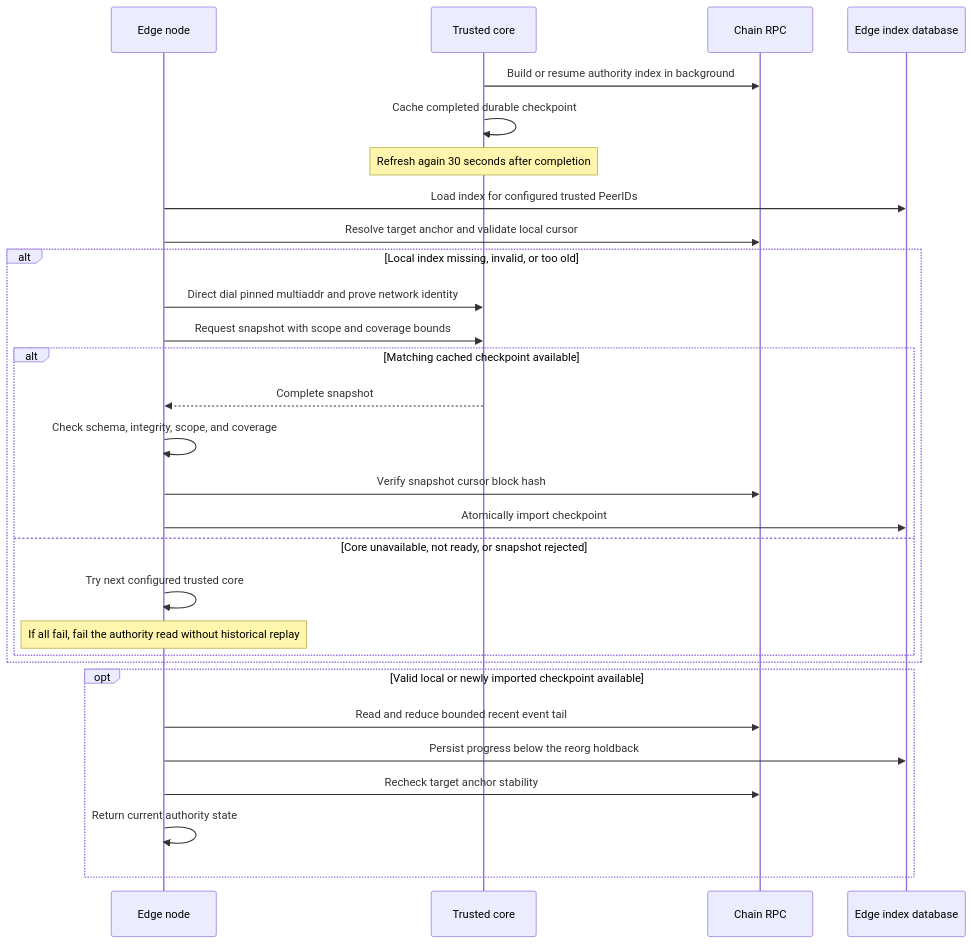
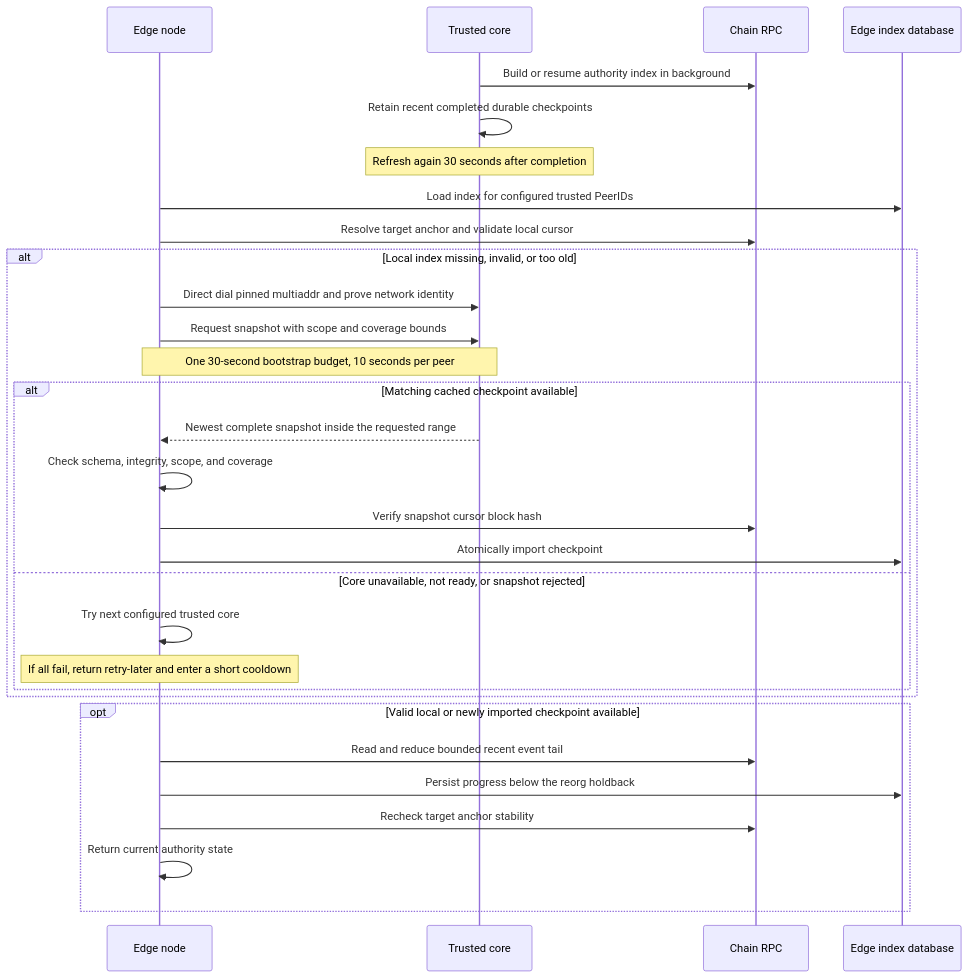
Before and after one commit to OriginTrail/dkg: the diagram in docs/use-dkg/authority-index-snapshots.md, drawn with Mermaid. The commit also changed other lines of this file and 22 other files, not shown here.

Commit message:
fix: bound snapshot bootstrap and address registry index review

````diff
--- a/docs/use-dkg/authority-index-snapshots.md
+++ b/docs/use-dkg/authority-index-snapshots.md
@@ -126,31 +151,32 @@
 ```mermaid
 sequenceDiagram
     participant E as Edge node
     participant C as Trusted core
     participant R as Chain RPC
     participant D as Edge index database
     C->>R: Build or resume authority index in background
-    C->>C: Cache completed durable checkpoint
+    C->>C: Retain recent completed durable checkpoints
     Note over C: Refresh again 30 seconds after completion
     E->>D: Load index for configured trusted PeerIDs
     E->>R: Resolve target anchor and validate local cursor
     alt Local index missing, invalid, or too old
         E->>C: Direct dial pinned multiaddr and prove network identity
         E->>C: Request snapshot with scope and coverage bounds
+        Note over E,C: One 30-second bootstrap budget, 10 seconds per peer
         alt Matching cached checkpoint available
-            C-->>E: Complete snapshot
+            C-->>E: Newest complete snapshot inside the requested range
             E->>E: Check schema, integrity, scope, and coverage
             E->>R: Verify snapshot cursor block hash
             E->>D: Atomically import checkpoint
         else Core unavailable, not ready, or snapshot rejected
             E->>E: Try next configured trusted core
-            Note over E: If all fail, fail the authority read without historical replay
+            Note over E: If all fail, return retry-later and enter a short cooldown
         end
     end
     opt Valid local or newly imported checkpoint available
         E->>R: Read and reduce bounded recent event tail
         E->>D: Persist progress below the reorg holdback
         E->>R: Recheck target anchor stability
         E->>E: Return current authority state
     end
 ```
````
